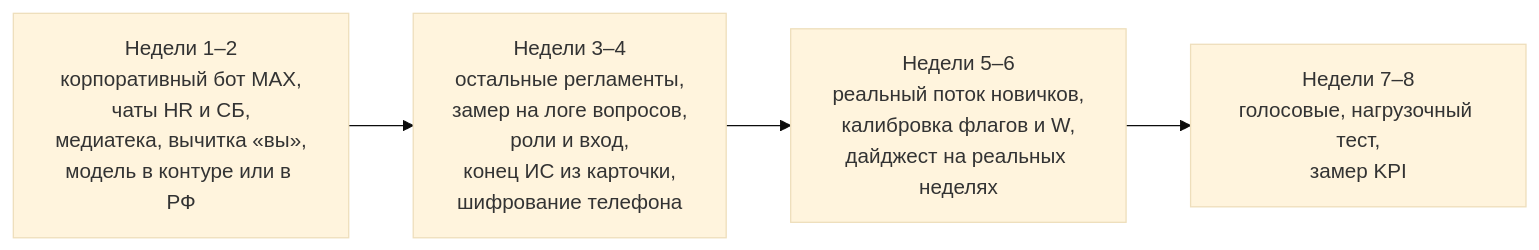
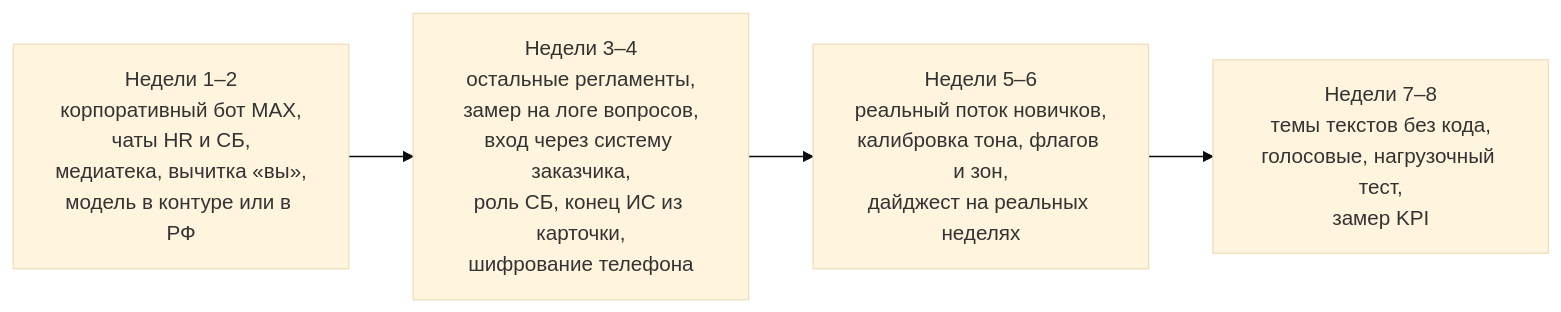
Before and after one commit to kunak-agency/polyplastic-bot: the diagram in agency/system/Human/11-limitations-and-roadmap.md, drawn with Mermaid (base theme). The commit also changed other lines of this file and 11 other files, not shown here.

````diff
--- a/agency/system/Human/11-limitations-and-roadmap.md
+++ b/agency/system/Human/11-limitations-and-roadmap.md
@@ -94,6 +100,6 @@
 ```mermaid
 flowchart LR
-    W1["Недели 1–2<br/>корпоративный бот MAX,<br/>чаты HR и СБ,<br/>медиатека, вычитка «вы»,<br/>модель в контуре или в РФ"] --> W3["Недели 3–4<br/>остальные регламенты,<br/>замер на логе вопросов,<br/>роли и вход,<br/>конец ИС из карточки,<br/>шифрование телефона"]
-    W3 --> W5["Недели 5–6<br/>реальный поток новичков,<br/>калибровка флагов и W,<br/>дайджест на реальных неделях"]
-    W5 --> W7["Недели 7–8<br/>голосовые, нагрузочный тест,<br/>замер KPI"]
+    W1["Недели 1–2<br/>корпоративный бот MAX,<br/>чаты HR и СБ,<br/>медиатека, вычитка «вы»,<br/>модель в контуре или в РФ"] --> W3["Недели 3–4<br/>остальные регламенты,<br/>замер на логе вопросов,<br/>вход через систему заказчика,<br/>роль СБ, конец ИС из карточки,<br/>шифрование телефона"]
+    W3 --> W5["Недели 5–6<br/>реальный поток новичков,<br/>калибровка тона, флагов и зон,<br/>дайджест на реальных неделях"]
+    W5 --> W7["Недели 7–8<br/>темы текстов без кода,<br/>голосовые, нагрузочный тест,<br/>замер KPI"]
 ```
````
